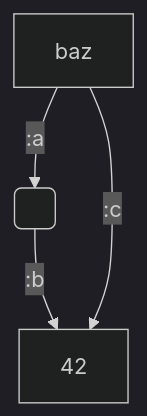
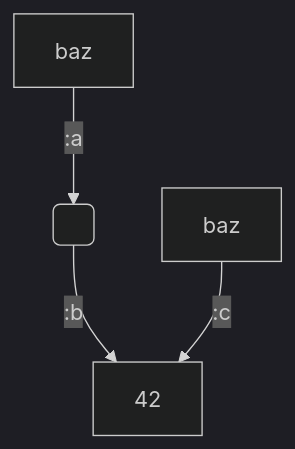
One commit to ekoontz/dag-unify changed the fourth of 4 diagrams in README.md. Above: the diagram before and after it, drawn with Mermaid (dark theme).

Commit message:
doc improvements

````diff
--- a/README.md
+++ b/README.md
@@ -202,6 +202,6 @@
 ```mermaid
 graph TD
-    baz --> |:a| B( )
+    X[baz] --> |:a| B( )
     B   --> |:b| D[42]
     baz --> |:c| D
 ```
````
